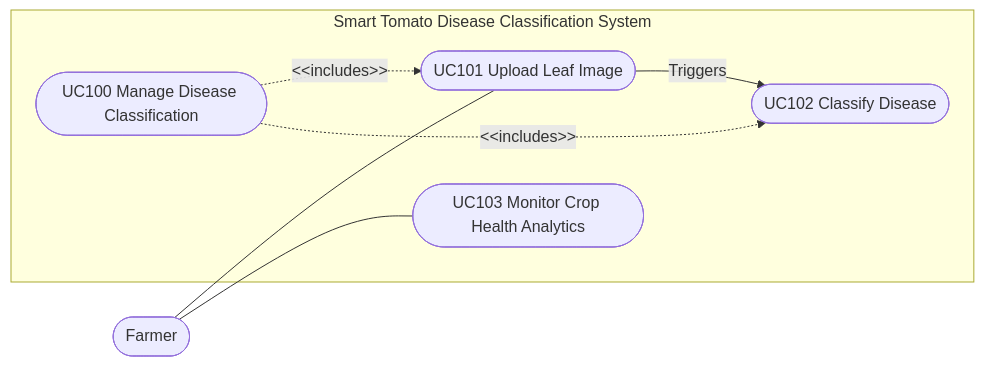
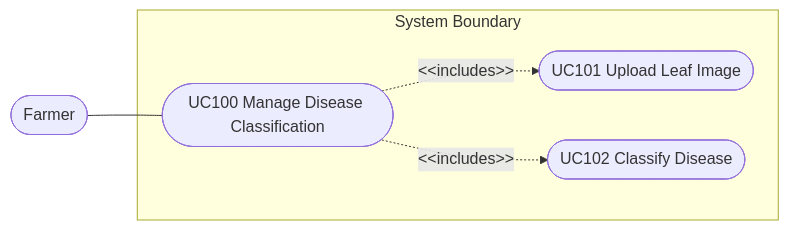
One commit to Peetiphat1/tomato-disease-classifier changed the second of 5 diagrams in tomato-disease-classifier/Software_Requirements_Specification.md. Above: the diagram before and after it, drawn with Mermaid. The commit also changed other lines of this file, not shown here.

````diff
--- a/tomato-disease-classifier/Software_Requirements_Specification.md
+++ b/tomato-disease-classifier/Software_Requirements_Specification.md
@@ -102,18 +99,12 @@
 ```mermaid
 flowchart LR
     Actor([Farmer])
-    
-    subgraph System ["Smart Tomato Disease Classification System"]
+    subgraph System ["System Boundary"]
+        UC100([UC100 Manage Disease Classification])
         UC101([UC101 Upload Leaf Image])
         UC102([UC102 Classify Disease])
-        UC103([UC103 Monitor Crop Health Analytics])
-        UC100([UC100 Manage Disease Classification])
     end
-
-    Actor --- UC101
-    Actor --- UC103
-    
+    Actor --- UC100
     UC100 -.->|&lt;&lt;includes&gt;&gt;| UC101
     UC100 -.->|&lt;&lt;includes&gt;&gt;| UC102
-    UC101 -->|Triggers| UC102
 ```
````
